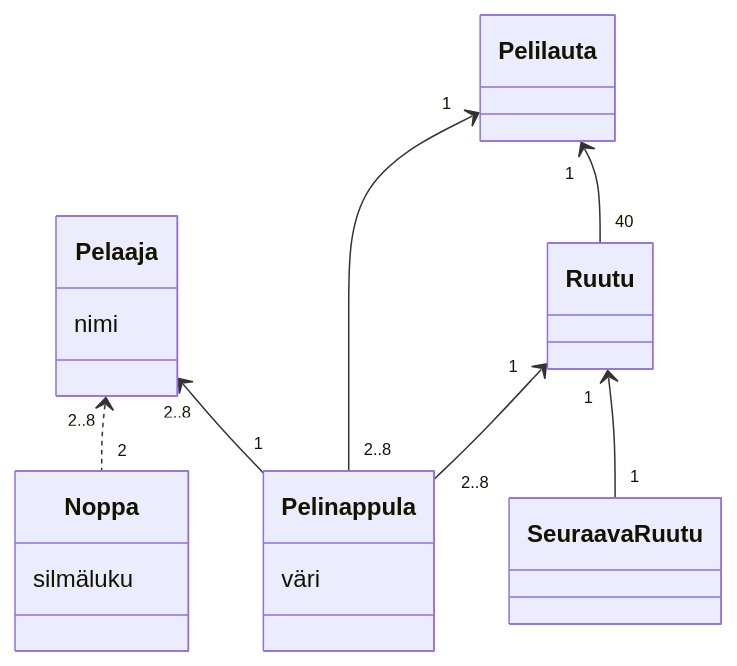
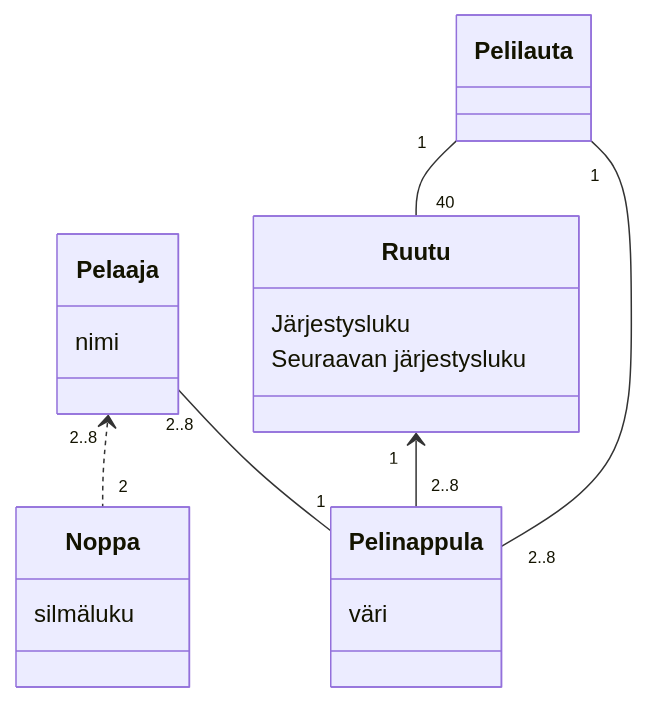
One commit to EficodeRjpalt/ot-harjoitustyo changed the first of 2 diagrams in laskarit/viikko3/monopoli.md. Above: the diagram before and after it, drawn with Mermaid. The commit also changed other lines of this file, not shown here.

````diff
--- a/laskarit/viikko3/monopoli.md
+++ b/laskarit/viikko3/monopoli.md
@@ -14,27 +14,24 @@
 ```mermaid
  classDiagram
 	  	 Pelaaja "2..8" <.. "2" Noppa
-		  Pelilauta "1" <-- "40" Ruutu
-		  Pelaaja "2..8" <-- "1" Pelinappula
-		  Pelilauta "1" <-- "2..8" Pelinappula
+		  Pelilauta "1" -- "40" Ruutu
+		  Pelaaja "2..8" -- "1" Pelinappula
+		  Pelilauta "1" -- "2..8" Pelinappula
 		  Ruutu "1" <-- "2..8" Pelinappula
-		  Ruutu "1" <-- "1" SeuraavaRuutu
       class Noppa {
           silmäluku
       }
       class Pelaaja {
 	  	   nimi
       }
 	    class Pelilauta{
 		      
 		  }
 		  class Ruutu{
-		    
+		    Järjestysluku
+			Seuraavan järjestysluku
 		  }
 		  class Pelinappula{
 		    väri
 		  }
-		  class SeuraavaRuutu{
-		  
-		  }
 ```
````
